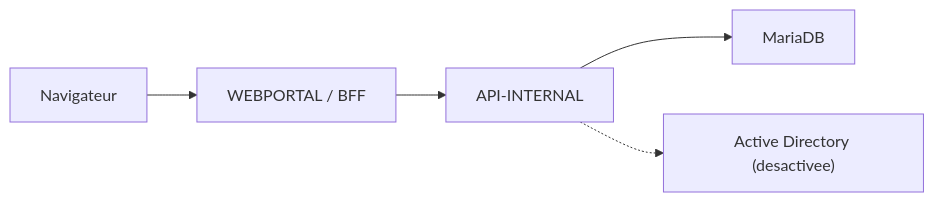
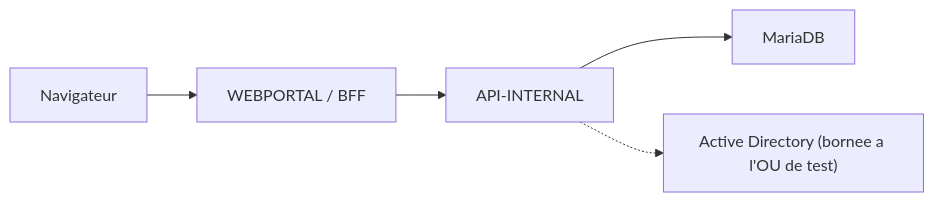
The diagram in README.md (zhounsah/kermaria-client-platform), drawn with Mermaid before and after one commit. The commit also changed other lines of this file and 29 other files, not shown here.

````diff
--- a/README.md
+++ b/README.md
@@ -37,7 +35,7 @@
 ```mermaid
 flowchart LR
     U["Navigateur"] --> WP["WEBPORTAL / BFF"]
     WP --> API["API-INTERNAL"]
     API --> DB["MariaDB"]
-    API -.-> AD["Active Directory (desactivee)"]
+    API -.-> AD["Active Directory (bornee a l'OU de test)"]
 ```
````
